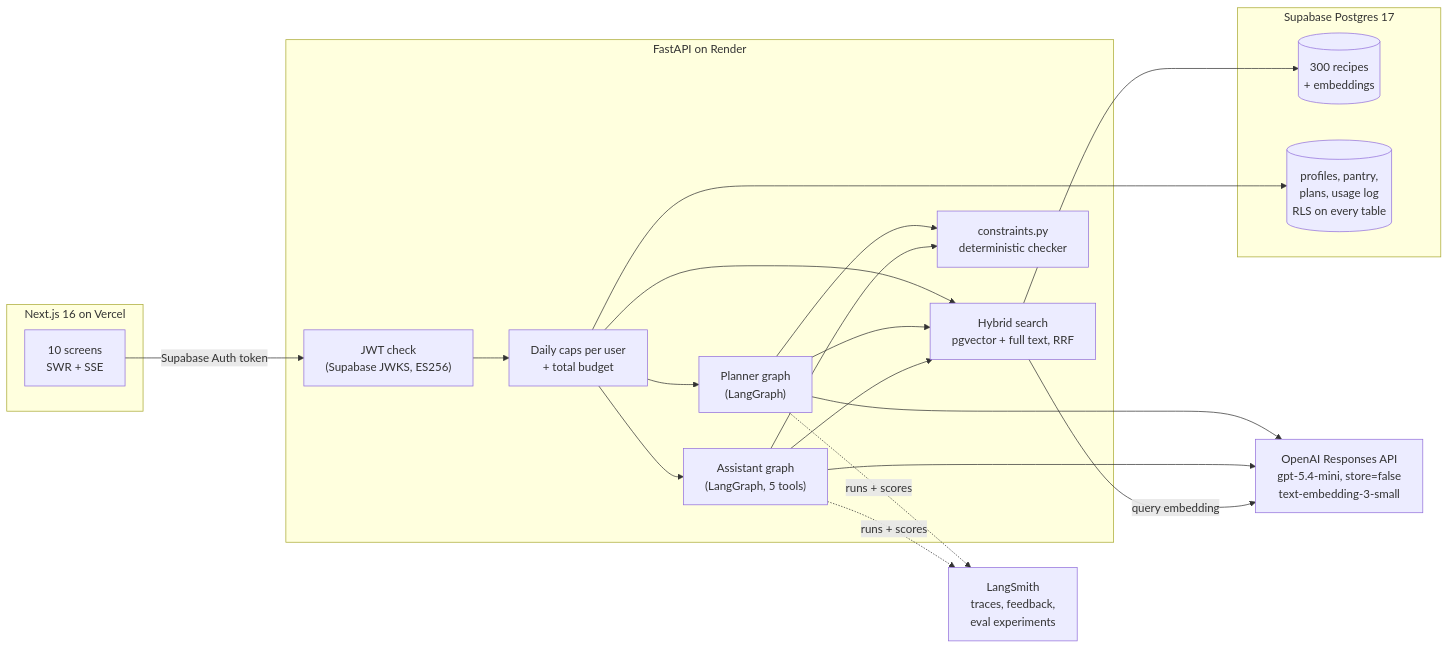
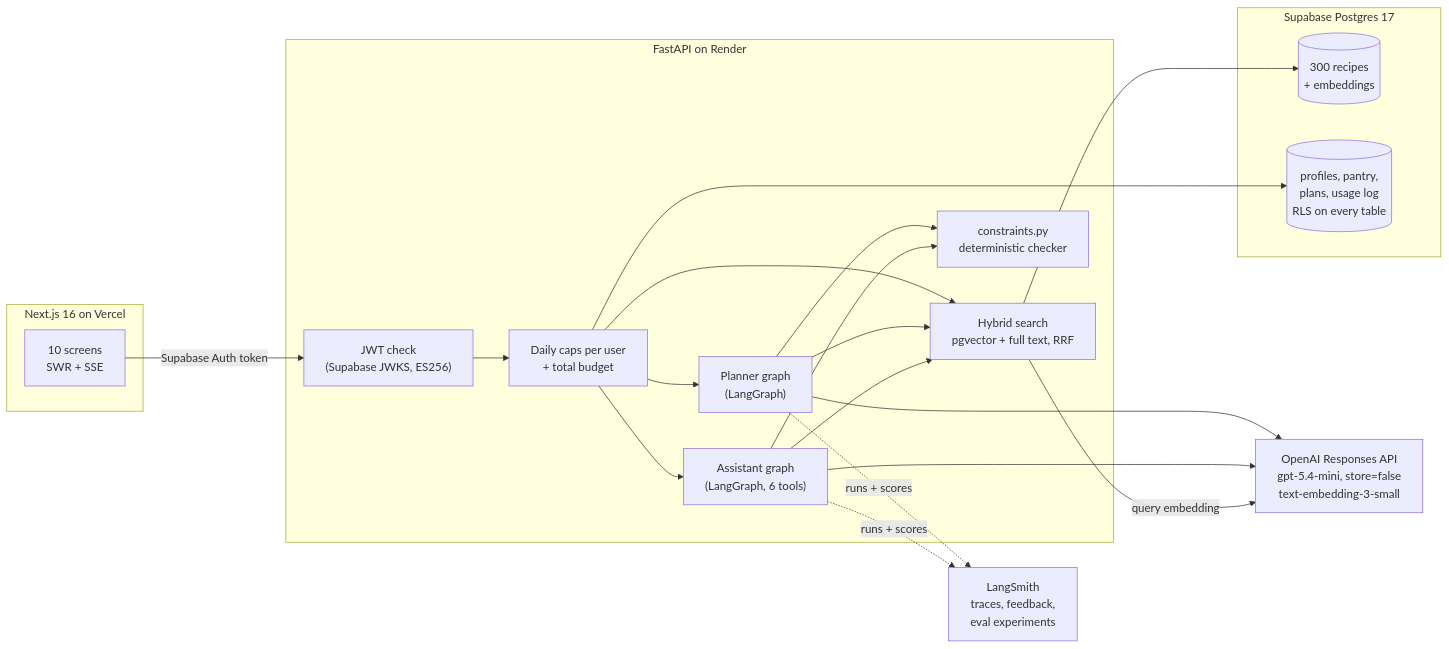
The first of 2 diagrams in README.md (mikegauci/pantrila), drawn with Mermaid before and after one commit. The commit also changed other lines of this file and 17 other files, not shown here.

````diff
--- a/README.md
+++ b/README.md
@@ -46,32 +46,32 @@
 ```mermaid
 flowchart LR
     subgraph Web["Next.js 16 on Vercel"]
         UI["10 screens<br/>SWR + SSE"]
     end
     subgraph API["FastAPI on Render"]
         Auth["JWT check<br/>(Supabase JWKS, ES256)"]
         Caps["Daily caps per user<br/>+ total budget"]
         Search["Hybrid search<br/>pgvector + full text, RRF"]
         Planner["Planner graph<br/>(LangGraph)"]
-        Chat["Assistant graph<br/>(LangGraph, 5 tools)"]
+        Chat["Assistant graph<br/>(LangGraph, 6 tools)"]
         Rules["constraints.py<br/>deterministic checker"]
     end
     subgraph Data["Supabase Postgres 17"]
         Recipes[("300 recipes<br/>+ embeddings")]
         User[("profiles, pantry,<br/>plans, usage log<br/>RLS on every table")]
     end
     OpenAI["OpenAI Responses API<br/>gpt-5.4-mini, store=false<br/>text-embedding-3-small"]
     LS["LangSmith<br/>traces, feedback,<br/>eval experiments"]
 
     UI -- "Supabase Auth token" --> Auth --> Caps
     Caps --> Search & Planner & Chat
     Planner --> Search
     Chat --> Search
     Planner --> Rules
     Chat --> Rules
     Search --> Recipes
     Planner & Chat --> OpenAI
     Search -- "query embedding" --> OpenAI
     Caps --> User
     Planner & Chat -. "runs + scores" .-> LS
 ```
````
